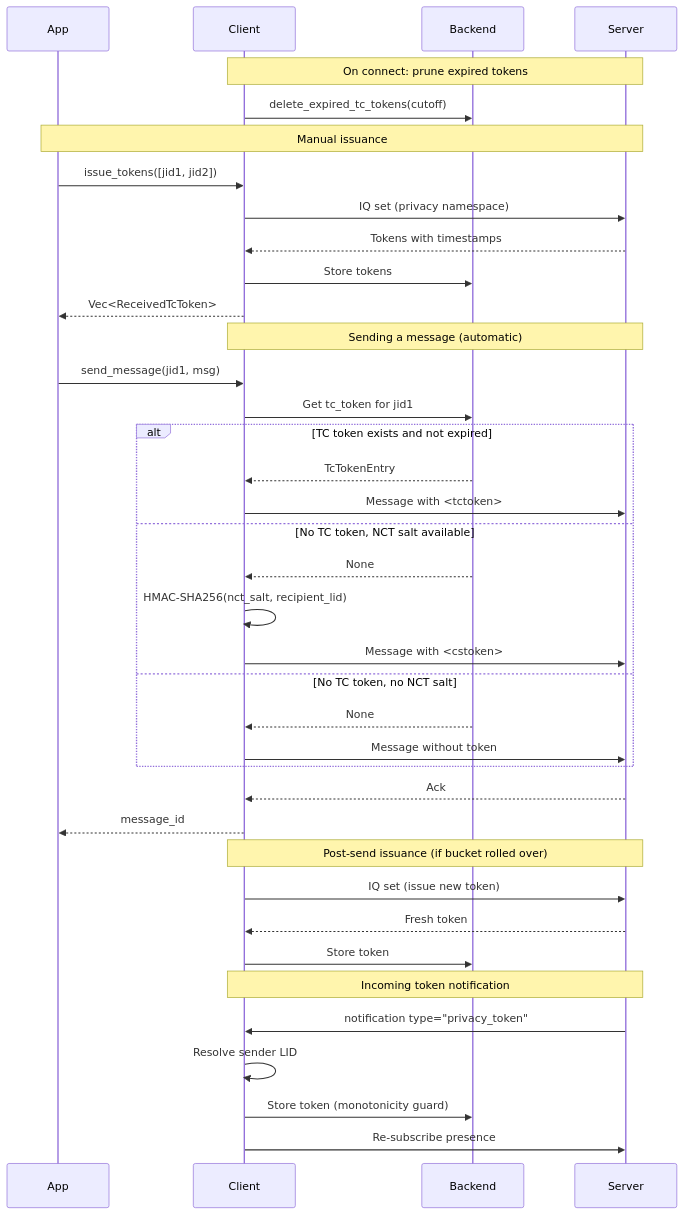
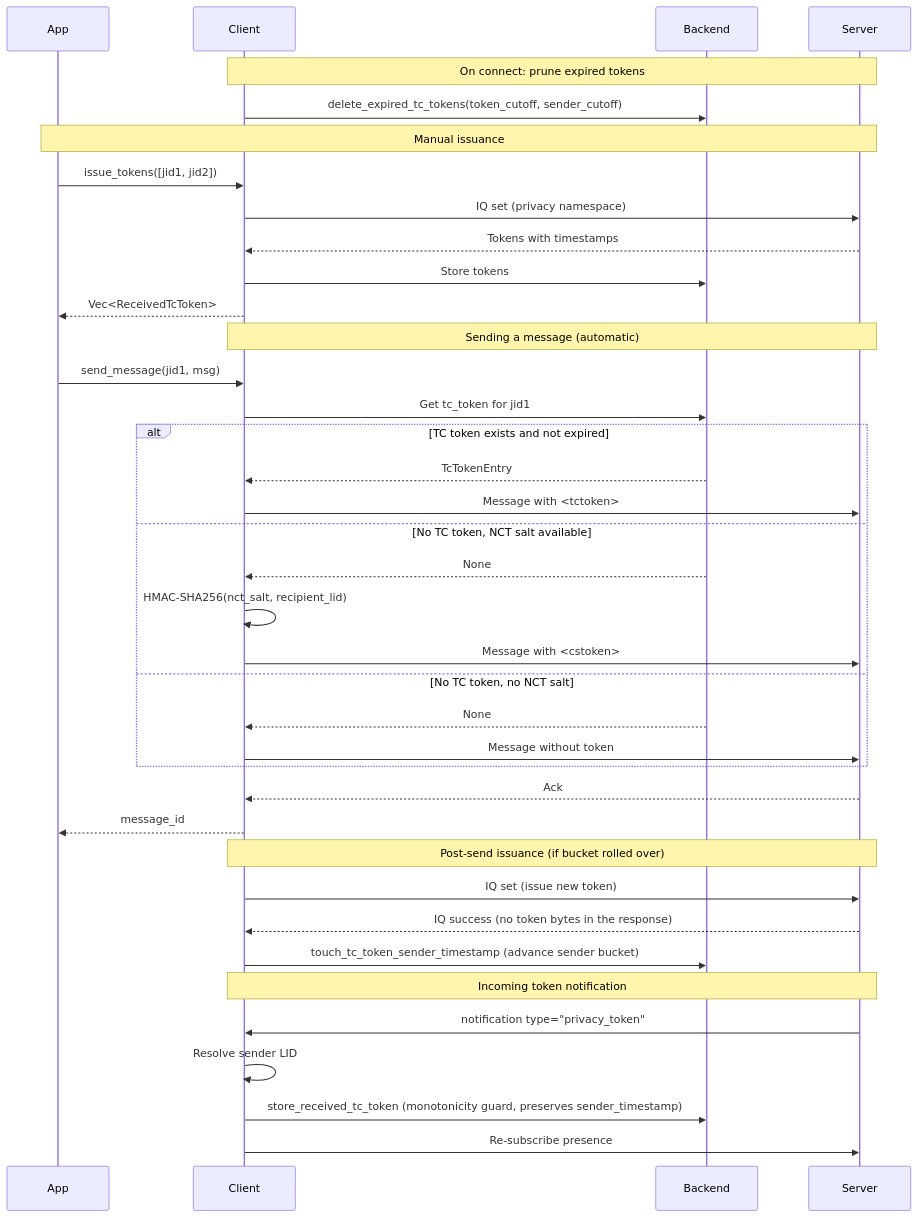
The diagram in api/tctoken.mdx (jlucaso1/whatsapp-rust-docs), drawn with Mermaid before and after one commit. The commit also changed other lines of this file, not shown here.

````diff
--- a/api/tctoken.mdx
+++ b/api/tctoken.mdx
@@ -308,47 +322,47 @@
 ```mermaid
 sequenceDiagram
     participant App
     participant Client
     participant Backend
     participant Server
     
     Note over Client,Server: On connect: prune expired tokens
-    Client->>Backend: delete_expired_tc_tokens(cutoff)
+    Client->>Backend: delete_expired_tc_tokens(token_cutoff, sender_cutoff)
     
     Note over App,Server: Manual issuance
     App->>Client: issue_tokens([jid1, jid2])
     Client->>Server: IQ set (privacy namespace)
     Server-->>Client: Tokens with timestamps
     Client->>Backend: Store tokens
     Client-->>App: Vec<ReceivedTcToken>
     
     Note over Client,Server: Sending a message (automatic)
     App->>Client: send_message(jid1, msg)
     Client->>Backend: Get tc_token for jid1
     
     alt TC token exists and not expired
         Backend-->>Client: TcTokenEntry
         Client->>Server: Message with <tctoken>
     else No TC token, NCT salt available
         Backend-->>Client: None
         Client->>Client: HMAC-SHA256(nct_salt, recipient_lid)
         Client->>Server: Message with <cstoken>
     else No TC token, no NCT salt
         Backend-->>Client: None
         Client->>Server: Message without token
     end
     
     Server-->>Client: Ack
     Client-->>App: message_id
     
     Note over Client,Server: Post-send issuance (if bucket rolled over)
     Client->>Server: IQ set (issue new token)
-    Server-->>Client: Fresh token
-    Client->>Backend: Store token
+    Server-->>Client: IQ success (no token bytes in the response)
+    Client->>Backend: touch_tc_token_sender_timestamp (advance sender bucket)
     
     Note over Client,Server: Incoming token notification
     Server->>Client: notification type="privacy_token"
     Client->>Client: Resolve sender LID
-    Client->>Backend: Store token (monotonicity guard)
+    Client->>Backend: store_received_tc_token (monotonicity guard, preserves sender_timestamp)
     Client->>Server: Re-subscribe presence
 ```
````
